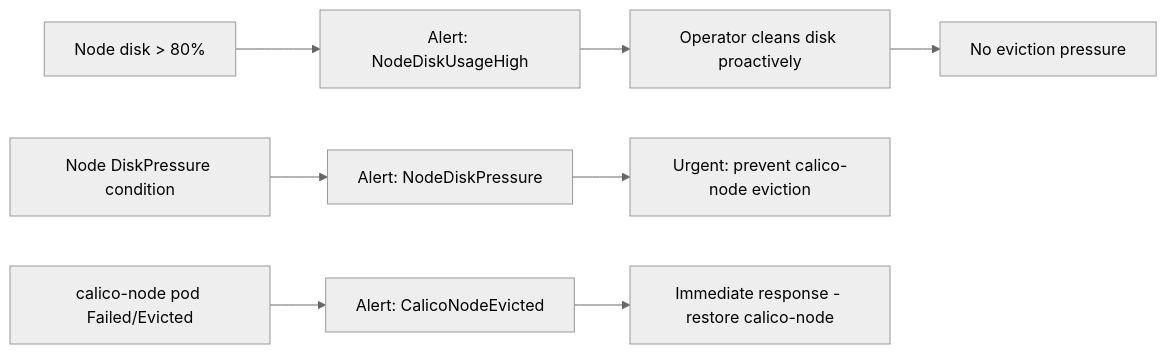
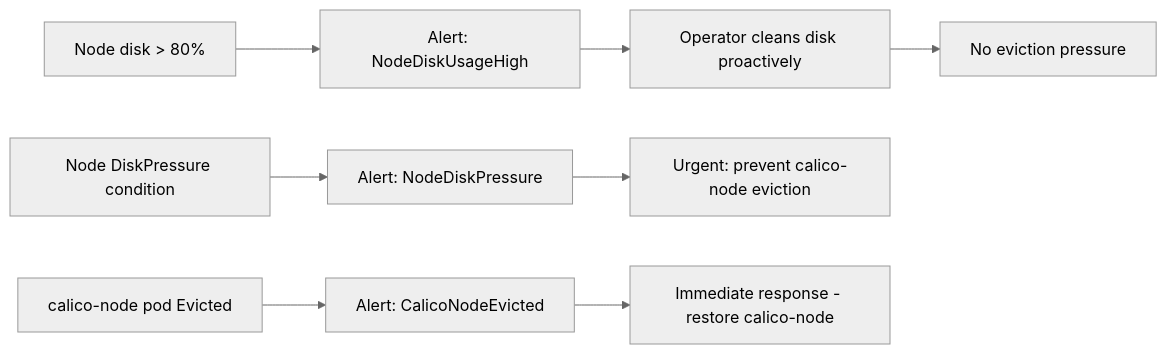
The diagram in posts/2026-03-13-monitor-calico-node-pod-evicted/README.md (OneUptime/blog), drawn with Mermaid (neutral theme) before and after one commit. The commit also changed other lines of this file and 2 other files, not shown here.

Commit message:
validate: 2026-03-13-monitor-calico-node-pod-evicted

````diff
--- a/posts/2026-03-13-monitor-calico-node-pod-evicted/README.md
+++ b/posts/2026-03-13-monitor-calico-node-pod-evicted/README.md
@@ -95,10 +95,10 @@
 ```mermaid
 flowchart LR
     A[Node disk > 80%] --> B[Alert: NodeDiskUsageHigh]
     B --> C[Operator cleans disk proactively]
     C --> D[No eviction pressure]
     E[Node DiskPressure condition] --> F[Alert: NodeDiskPressure]
     F --> G[Urgent: prevent calico-node eviction]
-    H[calico-node pod Failed/Evicted] --> I[Alert: CalicoNodeEvicted]
+    H[calico-node pod Evicted] --> I[Alert: CalicoNodeEvicted]
     I --> J[Immediate response - restore calico-node]
 ```
````
